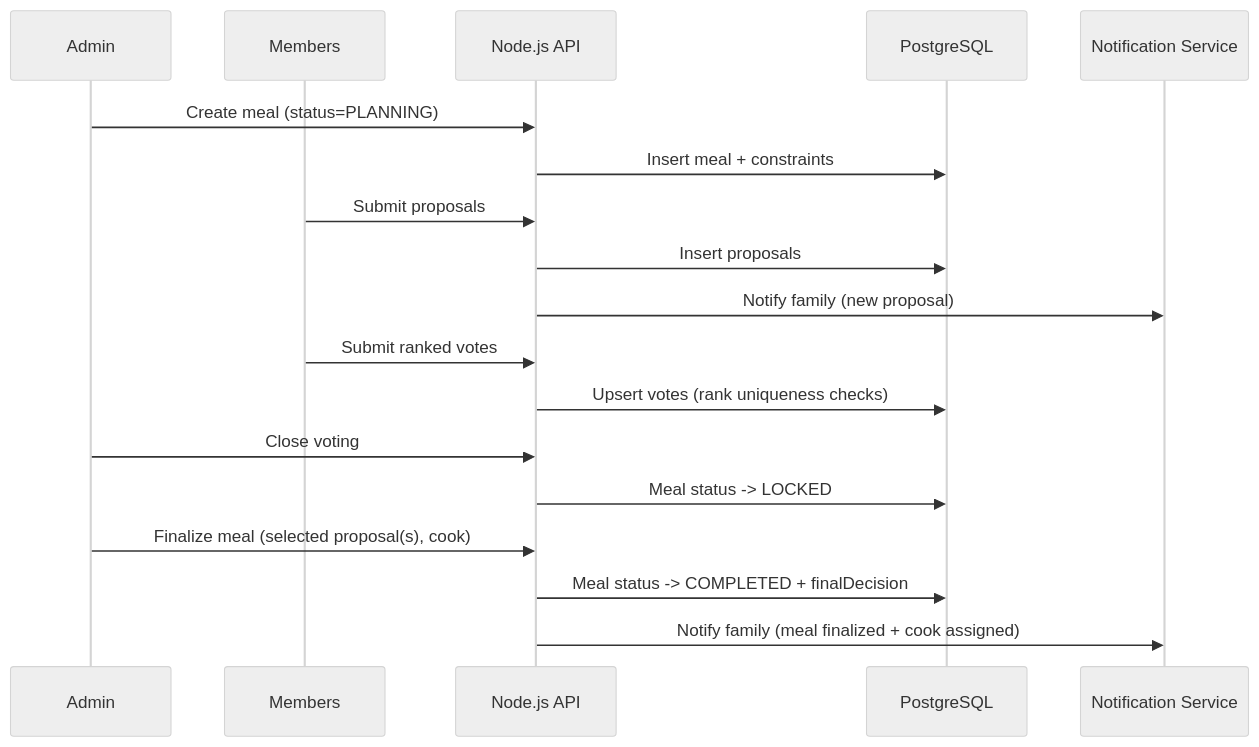
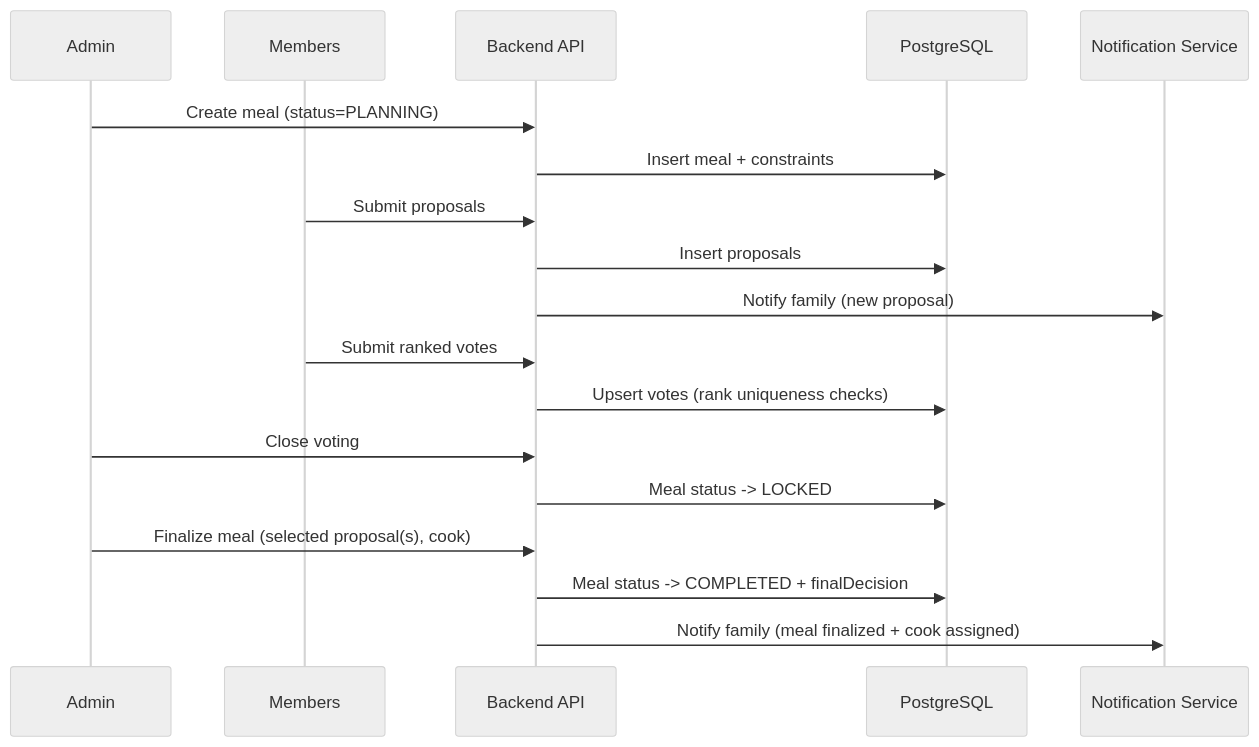
The third of 6 diagrams in README.md (nldq092203/FamMeal), drawn with Mermaid (neutral theme) before and after one commit. The commit also changed other lines of this file and 16 other files, not shown here.

````diff
--- a/README.md
+++ b/README.md
@@ -133,25 +200,25 @@
 ```mermaid
 sequenceDiagram
     participant A as Admin
     participant M as Members
-    participant API as Node.js API
+    participant API as Backend API
     participant DB as PostgreSQL
     participant N as Notification Service
 
     A->>API: Create meal (status=PLANNING)
     API->>DB: Insert meal + constraints
 
     M->>API: Submit proposals
     API->>DB: Insert proposals
     API->>N: Notify family (new proposal)
 
     M->>API: Submit ranked votes
     API->>DB: Upsert votes (rank uniqueness checks)
 
     A->>API: Close voting
     API->>DB: Meal status -> LOCKED
 
     A->>API: Finalize meal (selected proposal(s), cook)
     API->>DB: Meal status -> COMPLETED + finalDecision
     API->>N: Notify family (meal finalized + cook assigned)
 ```
````
